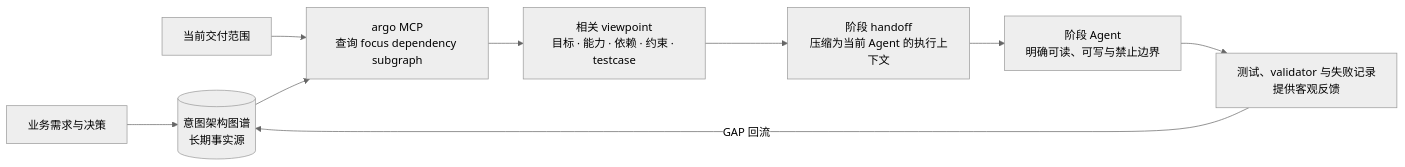
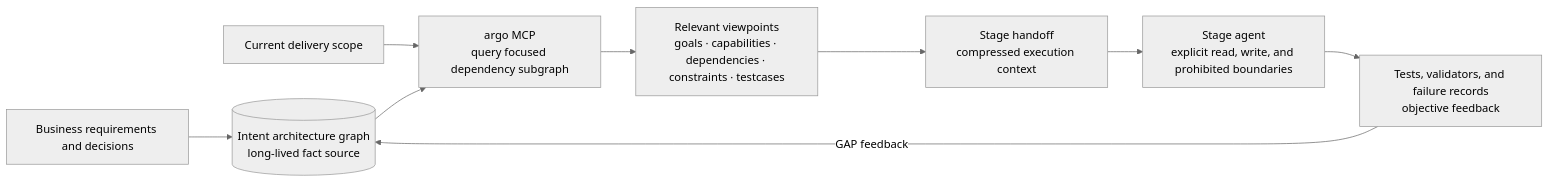
The second of 2 diagrams in README.md (derekhu0002/Argo), drawn with Mermaid (neutral theme) before and after one commit. The commit also changed other lines of this file and 1 other file, not shown here.

````diff
--- a/README.md
+++ b/README.md
@@ -50,11 +50,11 @@
 ```mermaid
 flowchart LR
-    I[业务需求与决策] --> G[(意图架构图谱<br/>长期事实源)]
-    T[当前交付范围] --> Q[argo MCP<br/>查询 focus dependency subgraph]
+    I[Business requirements and decisions] --> G[(Intent architecture graph<br/>long-lived fact source)]
+    T[Current delivery scope] --> Q[argo MCP<br/>query focused dependency subgraph]
     G --> Q
-    Q --> V[相关 viewpoint<br/>目标 · 能力 · 依赖 · 约束 · testcase]
-    V --> H[阶段 handoff<br/>压缩为当前 Agent 的执行上下文]
-    H --> A[阶段 Agent<br/>明确可读、可写与禁止边界]
-    A --> E[测试、validator 与失败记录<br/>提供客观反馈]
-    E -->|GAP 回流| G
+    Q --> V[Relevant viewpoints<br/>goals · capabilities · dependencies · constraints · testcases]
+    V --> H[Stage handoff<br/>compressed execution context]
+    H --> A[Stage agent<br/>explicit read, write, and prohibited boundaries]
+    A --> E[Tests, validators, and failure records<br/>objective feedback]
+    E -->|GAP feedback| G
 ```
````
